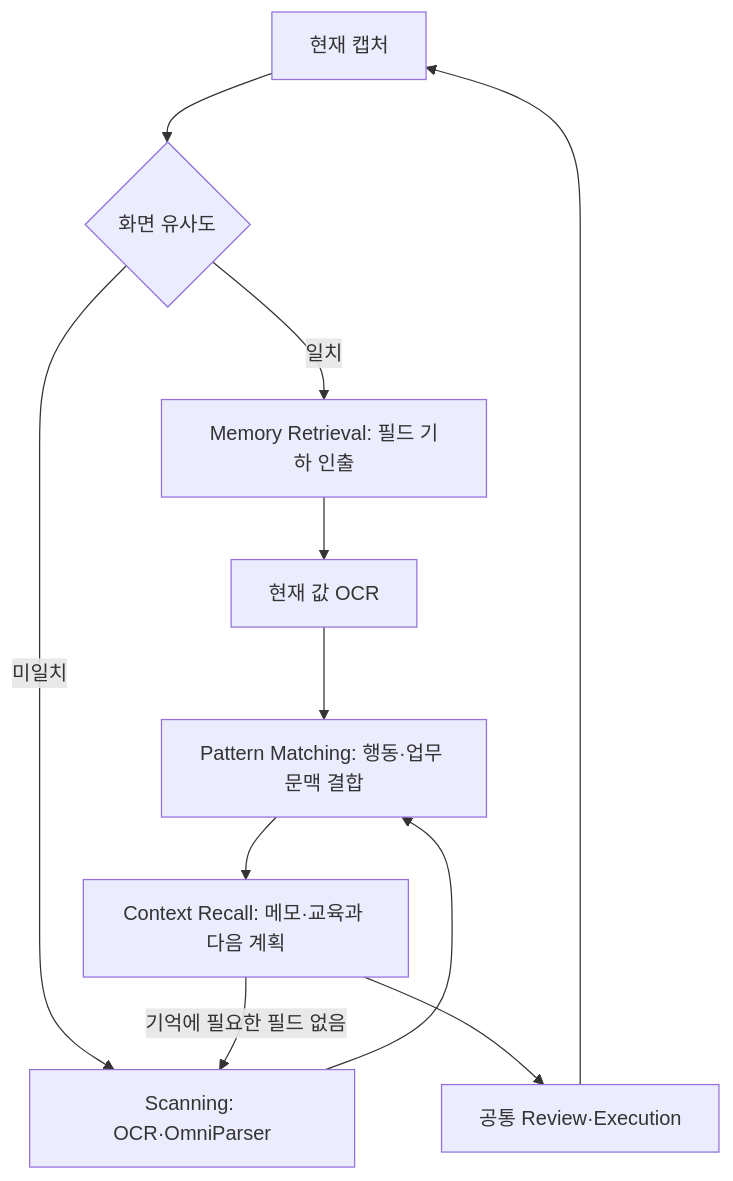
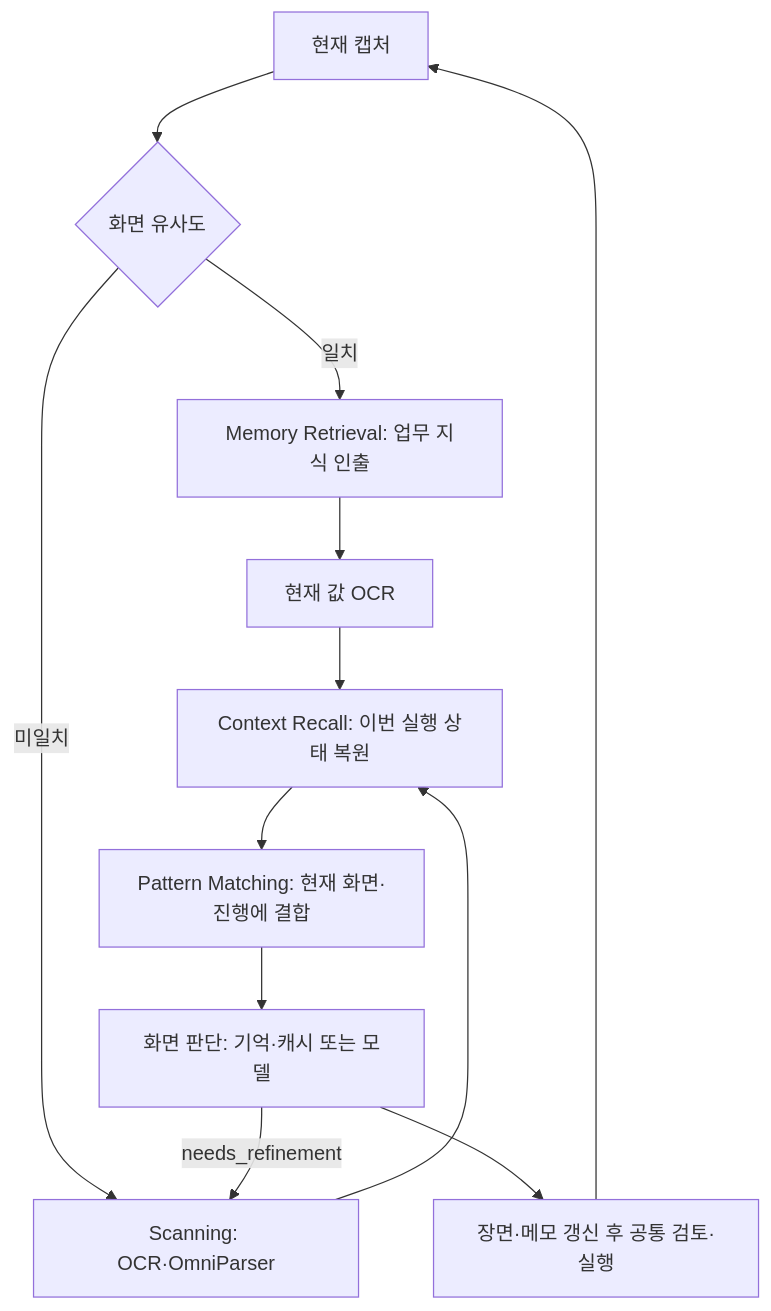
The third of 3 diagrams in docs/code-flow.md (Dreamtreeme/agent-sawon), drawn with Mermaid before and after one commit. The commit also changed other lines of this file and 34 other files, not shown here.

First line of the commit message:
refactor: align memory retrieval and screen decision stages

````diff
--- a/docs/code-flow.md
+++ b/docs/code-flow.md
@@ -57,13 +59,14 @@
 ```mermaid
 flowchart TD
     CAP[현재 캡처] --> SIM{화면 유사도}
-    SIM -->|일치| MEM[Memory Retrieval: 필드 기하 인출]
+    SIM -->|일치| MEM[Memory Retrieval: 업무 지식 인출]
     SIM -->|미일치| SCAN[Scanning: OCR·OmniParser]
     MEM --> VALUES[현재 값 OCR]
-    VALUES --> MATCH[Pattern Matching: 행동·업무 문맥 결합]
-    SCAN --> MATCH
-    MATCH --> RECALL[Context Recall: 메모·교육과 다음 계획]
-    RECALL -->|기억에 필요한 필드 없음| SCAN
-    RECALL --> EXEC[공통 Review·Execution]
+    VALUES --> RECALL[Context Recall: 이번 실행 상태 복원]
+    SCAN --> RECALL
+    RECALL --> MATCH[Pattern Matching: 현재 화면·진행에 결합]
+    MATCH --> DECIDE[화면 판단: 기억·캐시 또는 모델]
+    DECIDE -->|needs_refinement| SCAN
+    DECIDE --> EXEC[장면·메모 갱신 후 공통 검토·실행]
     EXEC --> CAP
 ```
````
